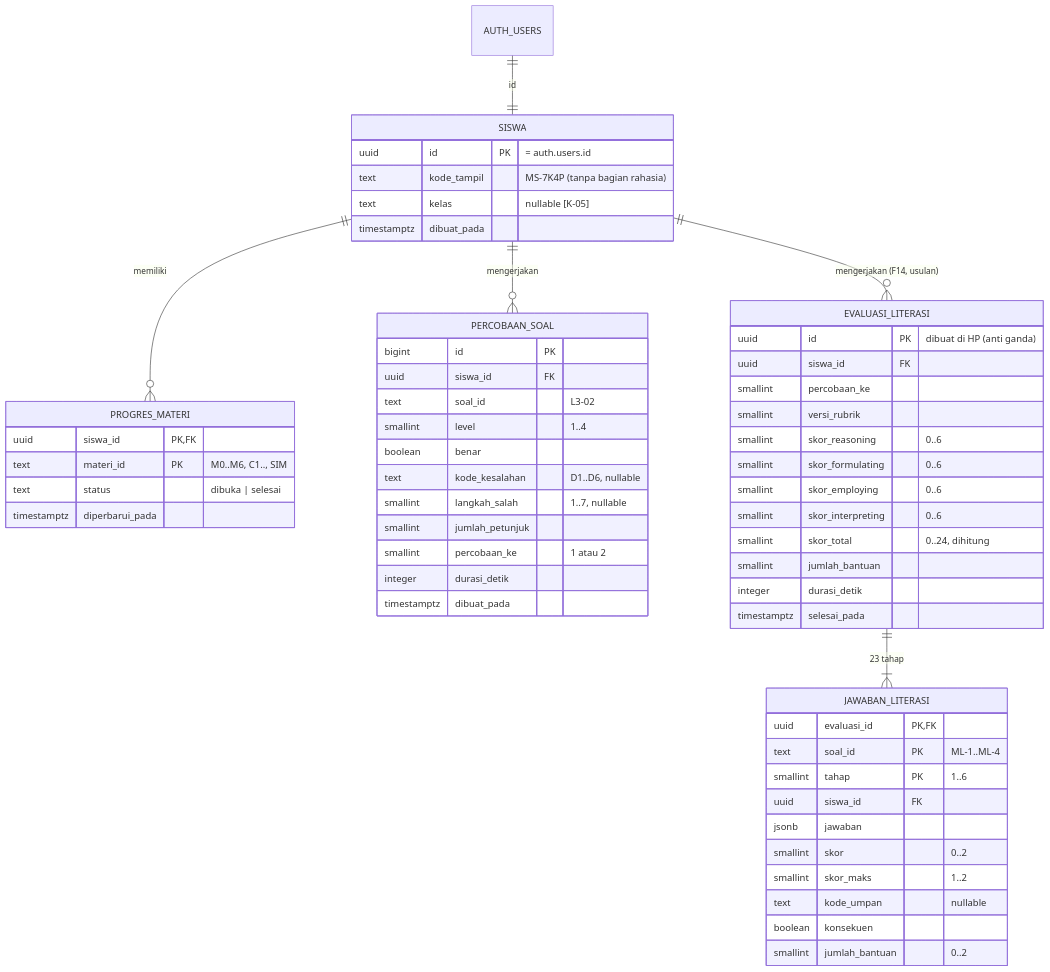
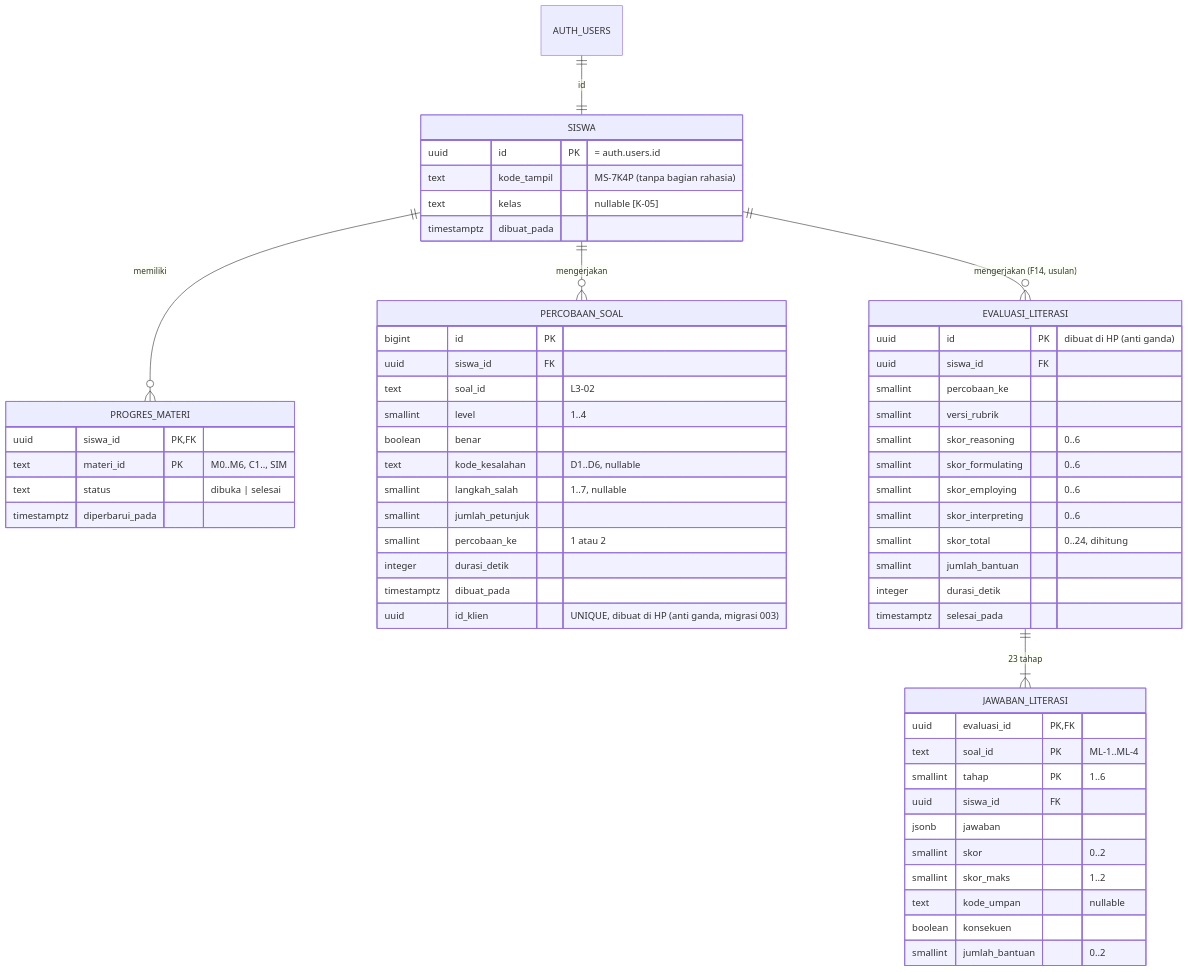
Before and after one commit to alawiahsitituti9-marker/untungcerdas: the second of 4 diagrams in docs/architecture.md, drawn with Mermaid. The commit also changed other lines of this file and 7 other files, not shown here.

First line of the commit message:
DV-13/DV-02: migrasi 003_id_klien dan pengirim antrean (anti data ganda)

````diff
--- a/docs/architecture.md
+++ b/docs/architecture.md
@@ -65,59 +65,60 @@
 ```mermaid
 erDiagram
     AUTH_USERS ||--|| SISWA : "id"
     SISWA ||--o{ PROGRES_MATERI : memiliki
     SISWA ||--o{ PERCOBAAN_SOAL : mengerjakan
     SISWA ||--o{ EVALUASI_LITERASI : "mengerjakan (F14, usulan)"
     EVALUASI_LITERASI ||--|{ JAWABAN_LITERASI : "23 tahap"
     SISWA {
         uuid id PK "= auth.users.id"
         text kode_tampil "MS-7K4P (tanpa bagian rahasia)"
         text kelas "nullable [K-05]"
         timestamptz dibuat_pada
     }
     PROGRES_MATERI {
         uuid siswa_id PK,FK
         text materi_id PK "M0..M6, C1.., SIM"
         text status "dibuka | selesai"
         timestamptz diperbarui_pada
     }
     PERCOBAAN_SOAL {
         bigint id PK
         uuid siswa_id FK
         text soal_id "L3-02"
         smallint level "1..4"
         boolean benar
         text kode_kesalahan "D1..D6, nullable"
         smallint langkah_salah "1..7, nullable"
         smallint jumlah_petunjuk
         smallint percobaan_ke "1 atau 2"
         integer durasi_detik
         timestamptz dibuat_pada
+        uuid id_klien "UNIQUE, dibuat di HP (anti ganda, migrasi 003)"
     }
     EVALUASI_LITERASI {
         uuid id PK "dibuat di HP (anti ganda)"
         uuid siswa_id FK
         smallint percobaan_ke
         smallint versi_rubrik
         smallint skor_reasoning "0..6"
         smallint skor_formulating "0..6"
         smallint skor_employing "0..6"
         smallint skor_interpreting "0..6"
         smallint skor_total "0..24, dihitung"
         smallint jumlah_bantuan
         integer durasi_detik
         timestamptz selesai_pada
     }
     JAWABAN_LITERASI {
         uuid evaluasi_id PK,FK
         text soal_id PK "ML-1..ML-4"
         smallint tahap PK "1..6"
         uuid siswa_id FK
         jsonb jawaban
         smallint skor "0..2"
         smallint skor_maks "1..2"
         text kode_umpan "nullable"
         boolean konsekuen
         smallint jumlah_bantuan "0..2"
     }
 ```
````
